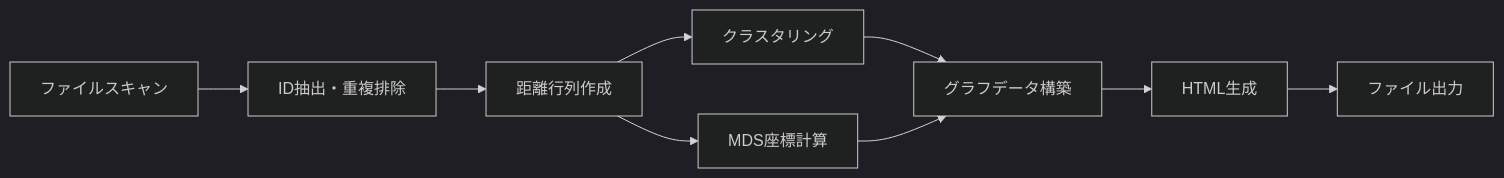
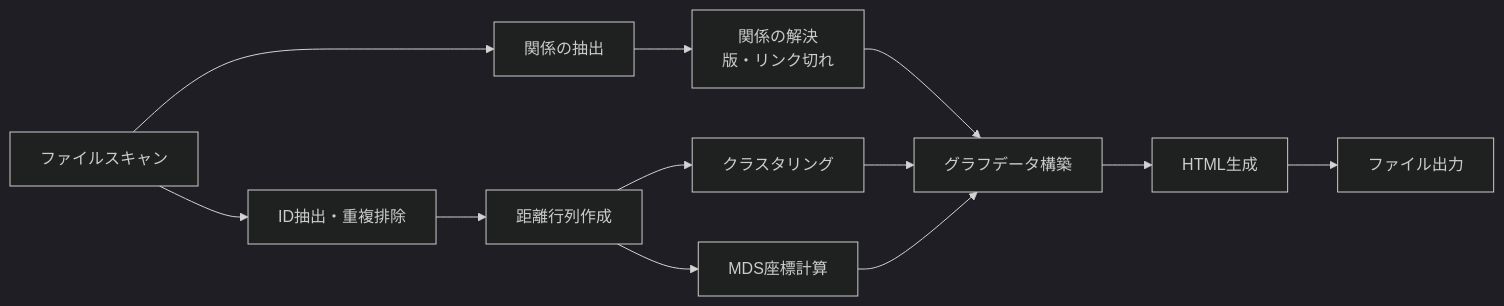
One commit to tettuan/traceability-ids changed the diagram in docs/graph-visualization.md. Above: the diagram before and after it, drawn with Mermaid (dark theme). The commit also changed other lines of this file and 34 other files, not shown here.

First line of the commit message:
Extract derived_from / trace_to relations and draw them in graph mode (Issue #2)

````diff
--- a/docs/graph-visualization.md
+++ b/docs/graph-visualization.md
@@ -10,11 +10,14 @@
 ```mermaid
 flowchart LR
     A[ファイルスキャン] --> B[ID抽出・重複排除]
+    A --> R[関係の抽出]
+    R --> S[関係の解決<br/>版・リンク切れ]
+    S --> F
     B --> C[距離行列作成]
     C --> D[クラスタリング]
     C --> E[MDS座標計算]
     D --> F[グラフデータ構築]
     E --> F
     F --> G[HTML生成]
     G --> H[ファイル出力]
 ```
````
